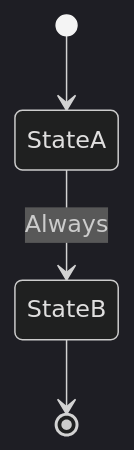
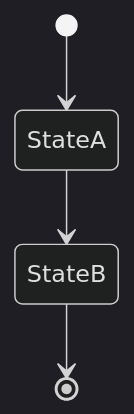
One commit to wballard/swissarmyhammer changed the first of 10 diagrams in doc/src/workflows.md. Above: the diagram before and after it, drawn with Mermaid (dark theme). The commit also changed other lines of this file and 3 other files, not shown here.

````diff
--- a/doc/src/workflows.md
+++ b/doc/src/workflows.md
@@ -66,6 +117,6 @@
 ```mermaid
 stateDiagram-v2
     [*] --> StateA
-    StateA --> StateB: Always
+    StateA --> StateB
     StateB --> [*]
 ```
````
